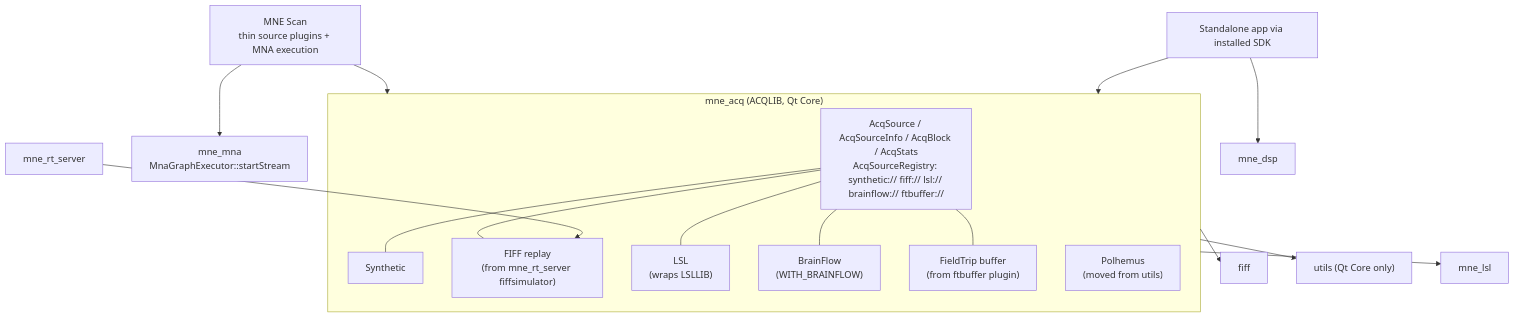
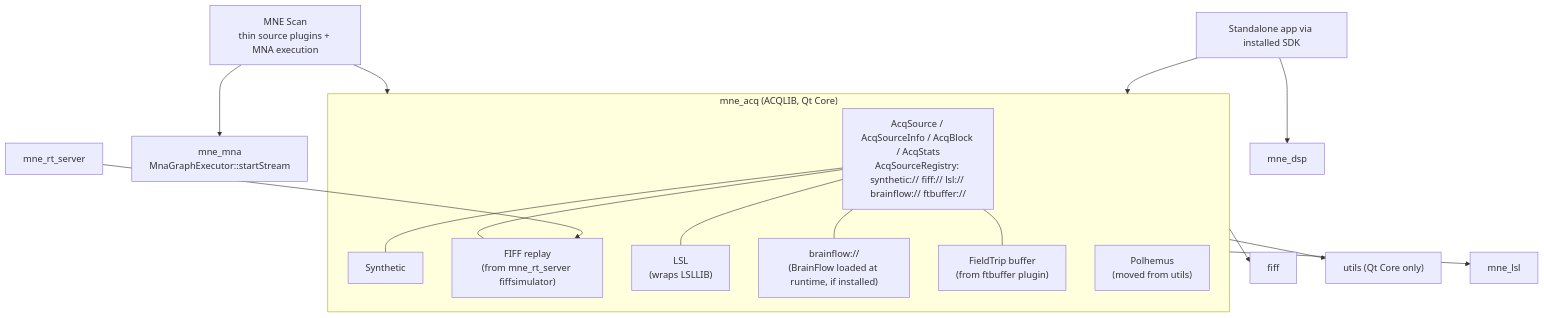
One commit to chdinh/mne-cpp changed the first of 2 diagrams in doc/dev-notes/v2.5.0-requirements.md. Above: the diagram before and after it, drawn with Mermaid. The commit also changed other lines of this file, not shown here.

Commit message:
DOC: v2.5.0 mne_acq independent of BrainFlow, runtime load + compatibility (D4)

````diff
--- a/doc/dev-notes/v2.5.0-requirements.md
+++ b/doc/dev-notes/v2.5.0-requirements.md
@@ -130,18 +130,18 @@
 ```mermaid
 flowchart TB
   subgraph acq["mne_acq (ACQLIB, Qt Core)"]
     API["AcqSource / AcqSourceInfo / AcqBlock / AcqStats<br/>AcqSourceRegistry: synthetic:// fiff:// lsl:// brainflow:// ftbuffer://"]
     SYN[Synthetic]
     REP["FIFF replay<br/>(from mne_rt_server fiffsimulator)"]
     LSL["LSL<br/>(wraps LSLLIB)"]
-    BF["BrainFlow<br/>(WITH_BRAINFLOW)"]
+    BF["brainflow://<br/>(BrainFlow loaded at runtime, if installed)"]
     FT["FieldTrip buffer<br/>(from ftbuffer plugin)"]
     POL["Polhemus<br/>(moved from utils)"]
   end
   API --- SYN & REP & LSL & BF & FT
   acq --> fiff & utils["utils (Qt Core only)"] & lsl[mne_lsl]
   Scan["MNE Scan<br/>thin source plugins + MNA execution"] --> acq
   Scan --> MNA["mne_mna<br/>MnaGraphExecutor::startStream"]
   RT["mne_rt_server"] --> REP
   App["Standalone app via installed SDK"] --> acq & dsp[mne_dsp]
 ```
````
